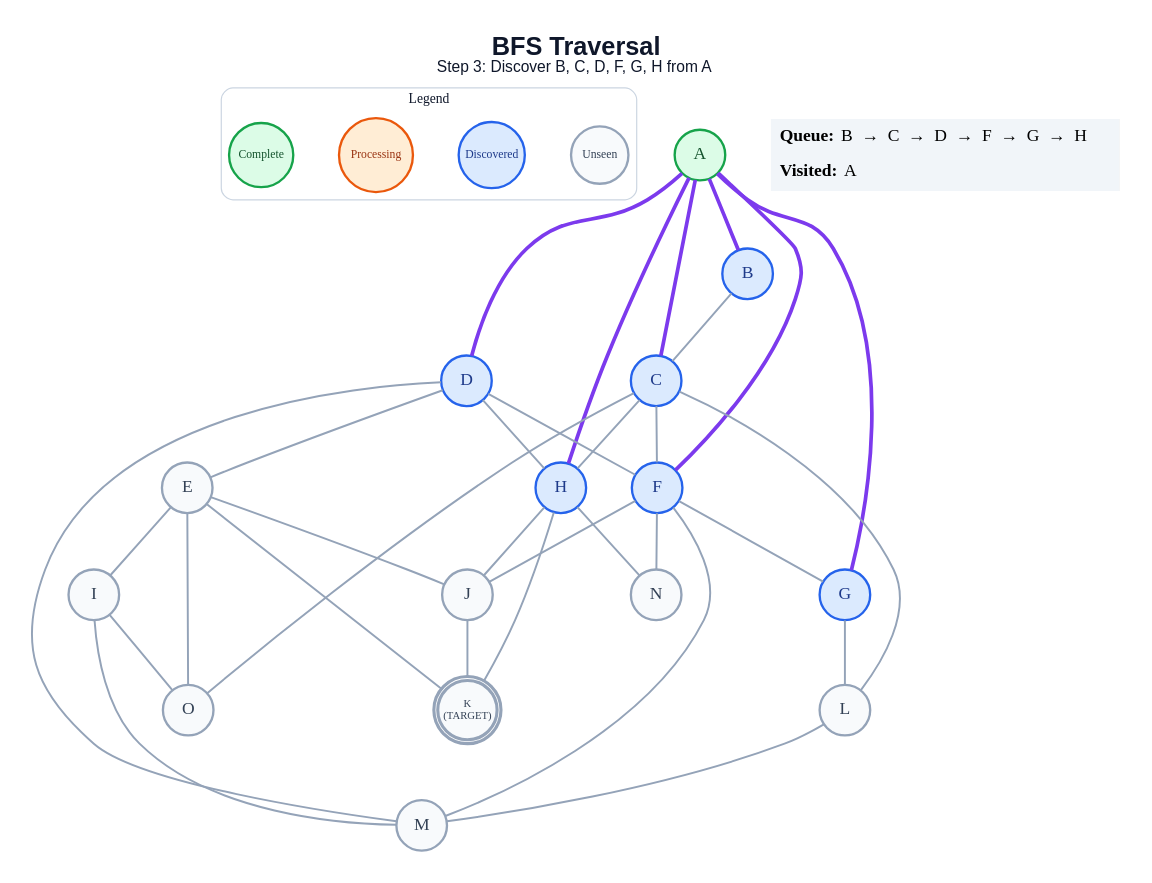
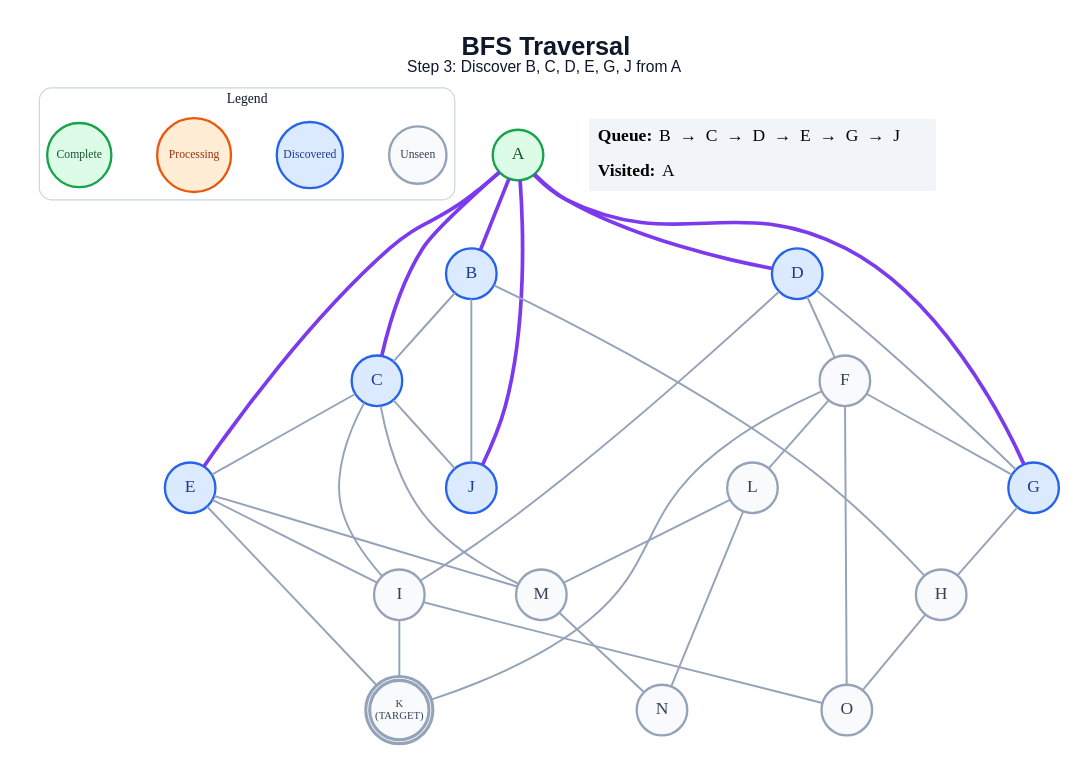
Before and after one commit to anon7238593-create/ai-slop: the diagram in generated/short-circuit/bfs/step_03.dot, drawn with Graphviz. The commit also changed 281 other files, not shown here.

```diff
--- a/generated/short-circuit/bfs/step_03.dot
+++ b/generated/short-circuit/bfs/step_03.dot
@@ -1,65 +1,64 @@
 graph traversal {
   graph [layout=dot, rankdir=TB, bgcolor="#FFFFFF", pad="0.35", nodesep="0.65", ranksep="0.8", fontname="Arial"];
   node [shape=circle, style="filled", fontname="Arial Bold", fontsize=18, width=0.72, fixedsize=true, penwidth=2.4];
   edge [color="#94A3B8", penwidth=2.0];
-  label=<<B>BFS Traversal</B><BR/><FONT POINT-SIZE="16">Step 3: Discover B, C, D, F, G, H from A</FONT>>; labelloc="t"; fontsize=26; fontname="Arial"; fontcolor="#0F172A";
+  label=<<B>BFS Traversal</B><BR/><FONT POINT-SIZE="16">Step 3: Discover B, C, D, E, G, J from A</FONT>>; labelloc="t"; fontsize=26; fontname="Arial"; fontcolor="#0F172A";
   subgraph cluster_legend { label="Legend"; color="#CBD5E1"; penwidth=1.2; style="rounded"; fontsize=14; fontname="Arial Bold";
     key_unseen [label="Unseen", fillcolor="#F8FAFC", color="#94A3B8", fontcolor="#334155", fontsize=12, width=0.82];
     key_frontier [label="Discovered", fillcolor="#DBEAFE", color="#2563EB", fontcolor="#1E3A8A", fontsize=12, width=0.95];
     key_current [label="Processing", fillcolor="#FFEDD5", color="#EA580C", fontcolor="#9A3412", fontsize=12, width=1.05];
     key_done [label="Complete", fillcolor="#DCFCE7", color="#16A34A", fontcolor="#14532D", fontsize=12, width=0.92];
     { rank=same; key_unseen; key_frontier; key_current; key_done; }
   }
   A [label="A", fillcolor="#DCFCE7", color="#16A34A", fontcolor="#14532D", peripheries=1, penwidth=2.4];
   B [label="B", fillcolor="#DBEAFE", color="#2563EB", fontcolor="#1E3A8A", peripheries=1, penwidth=2.4];
   C [label="C", fillcolor="#DBEAFE", color="#2563EB", fontcolor="#1E3A8A", peripheries=1, penwidth=2.4];
   D [label="D", fillcolor="#DBEAFE", color="#2563EB", fontcolor="#1E3A8A", peripheries=1, penwidth=2.4];
-  E [label="E", fillcolor="#F8FAFC", color="#94A3B8", fontcolor="#334155", peripheries=1, penwidth=2.4];
-  F [label="F", fillcolor="#DBEAFE", color="#2563EB", fontcolor="#1E3A8A", peripheries=1, penwidth=2.4];
+  E [label="E", fillcolor="#DBEAFE", color="#2563EB", fontcolor="#1E3A8A", peripheries=1, penwidth=2.4];
+  F [label="F", fillcolor="#F8FAFC", color="#94A3B8", fontcolor="#334155", peripheries=1, penwidth=2.4];
   G [label="G", fillcolor="#DBEAFE", color="#2563EB", fontcolor="#1E3A8A", peripheries=1, penwidth=2.4];
-  H [label="H", fillcolor="#DBEAFE", color="#2563EB", fontcolor="#1E3A8A", peripheries=1, penwidth=2.4];
+  H [label="H", fillcolor="#F8FAFC", color="#94A3B8", fontcolor="#334155", peripheries=1, penwidth=2.4];
   I [label="I", fillcolor="#F8FAFC", color="#94A3B8", fontcolor="#334155", peripheries=1, penwidth=2.4];
-  J [label="J", fillcolor="#F8FAFC", color="#94A3B8", fontcolor="#334155", peripheries=1, penwidth=2.4];
+  J [label="J", fillcolor="#DBEAFE", color="#2563EB", fontcolor="#1E3A8A", peripheries=1, penwidth=2.4];
   K [label="K\n(TARGET)", fillcolor="#F8FAFC", color="#94A3B8", fontcolor="#334155", peripheries=2, penwidth=3.2, fontsize=11, width=0.85, height=0.85];
   L [label="L", fillcolor="#F8FAFC", color="#94A3B8", fontcolor="#334155", peripheries=1, penwidth=2.4];
   M [label="M", fillcolor="#F8FAFC", color="#94A3B8", fontcolor="#334155", peripheries=1, penwidth=2.4];
   N [label="N", fillcolor="#F8FAFC", color="#94A3B8", fontcolor="#334155", peripheries=1, penwidth=2.4];
   O [label="O", fillcolor="#F8FAFC", color="#94A3B8", fontcolor="#334155", peripheries=1, penwidth=2.4];
   A -- B [color="#7C3AED", penwidth=3.8];
   A -- C [color="#7C3AED", penwidth=3.8];
   A -- D [color="#7C3AED", penwidth=3.8];
-  A -- F [color="#7C3AED", penwidth=3.8];
+  A -- E [color="#7C3AED", penwidth=3.8];
   A -- G [color="#7C3AED", penwidth=3.8];
-  A -- H [color="#7C3AED", penwidth=3.8];
+  A -- J [color="#7C3AED", penwidth=3.8];
   B -- C;
-  C -- F;
-  C -- H;
-  C -- L;
-  C -- O;
-  D -- E;
+  B -- H;
+  B -- J;
+  C -- E;
+  C -- I;
+  C -- J;
+  C -- M;
   D -- F;
-  D -- H;
-  D -- M;
+  D -- G;
+  D -- I;
   E -- I;
-  E -- J;
   E -- K;
-  E -- O;
+  E -- M;
   F -- G;
-  F -- J;
-  F -- M;
-  F -- N;
-  G -- L;
-  H -- J;
-  H -- K;
-  H -- N;
-  I -- M;
+  F -- K;
+  F -- L;
+  F -- O;
+  G -- H;
+  H -- O;
+  I -- K;
   I -- O;
-  J -- K;
   L -- M;
+  L -- N;
+  M -- N;
   status [shape=plain, fixedsize=false, width=0, height=0, margin=0, label=<
     <TABLE BORDER="0" CELLBORDER="0" CELLPADDING="7" BGCOLOR="#F1F5F9">
-      <TR><TD ALIGN="LEFT"><B>Queue:</B> B  →  C  →  D  →  F  →  G  →  H</TD></TR>
+      <TR><TD ALIGN="LEFT"><B>Queue:</B> B  →  C  →  D  →  E  →  G  →  J</TD></TR>
       <TR><TD ALIGN="LEFT"><B>Visited:</B> A</TD></TR>
     </TABLE>
   >];
 }
```
